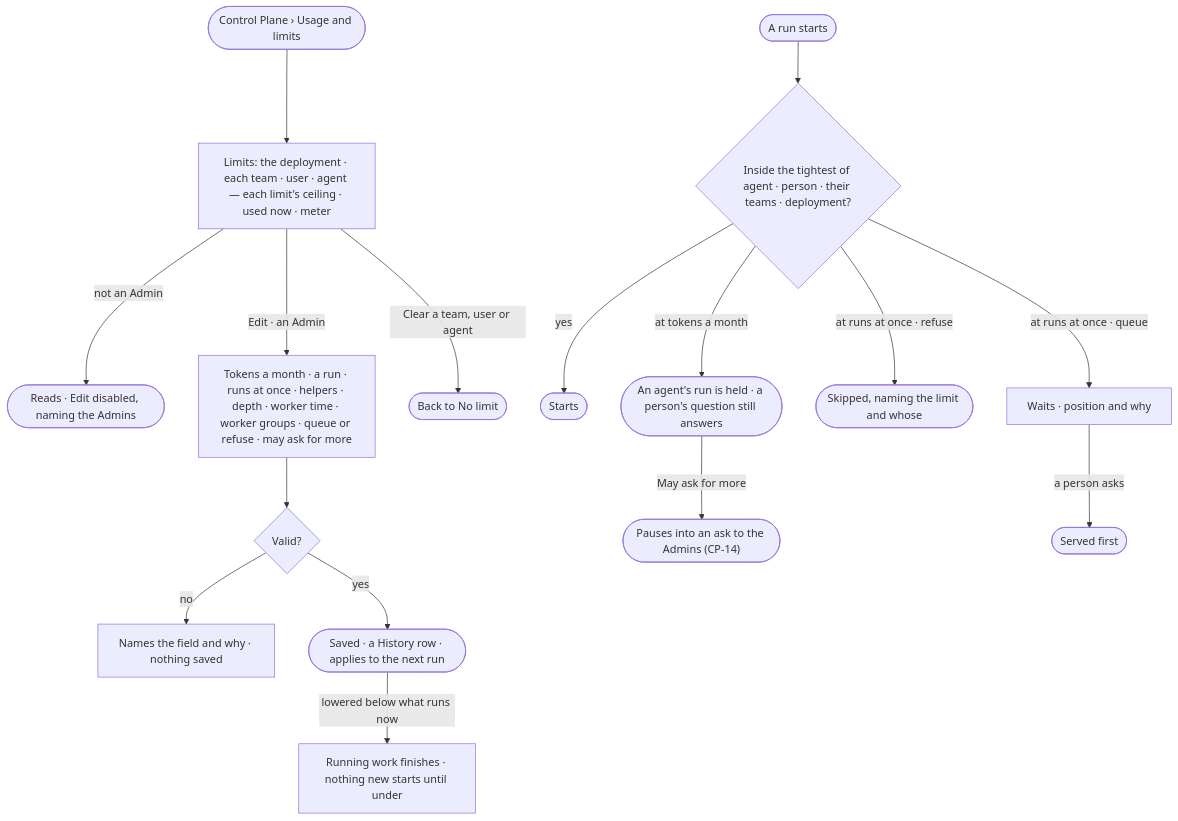
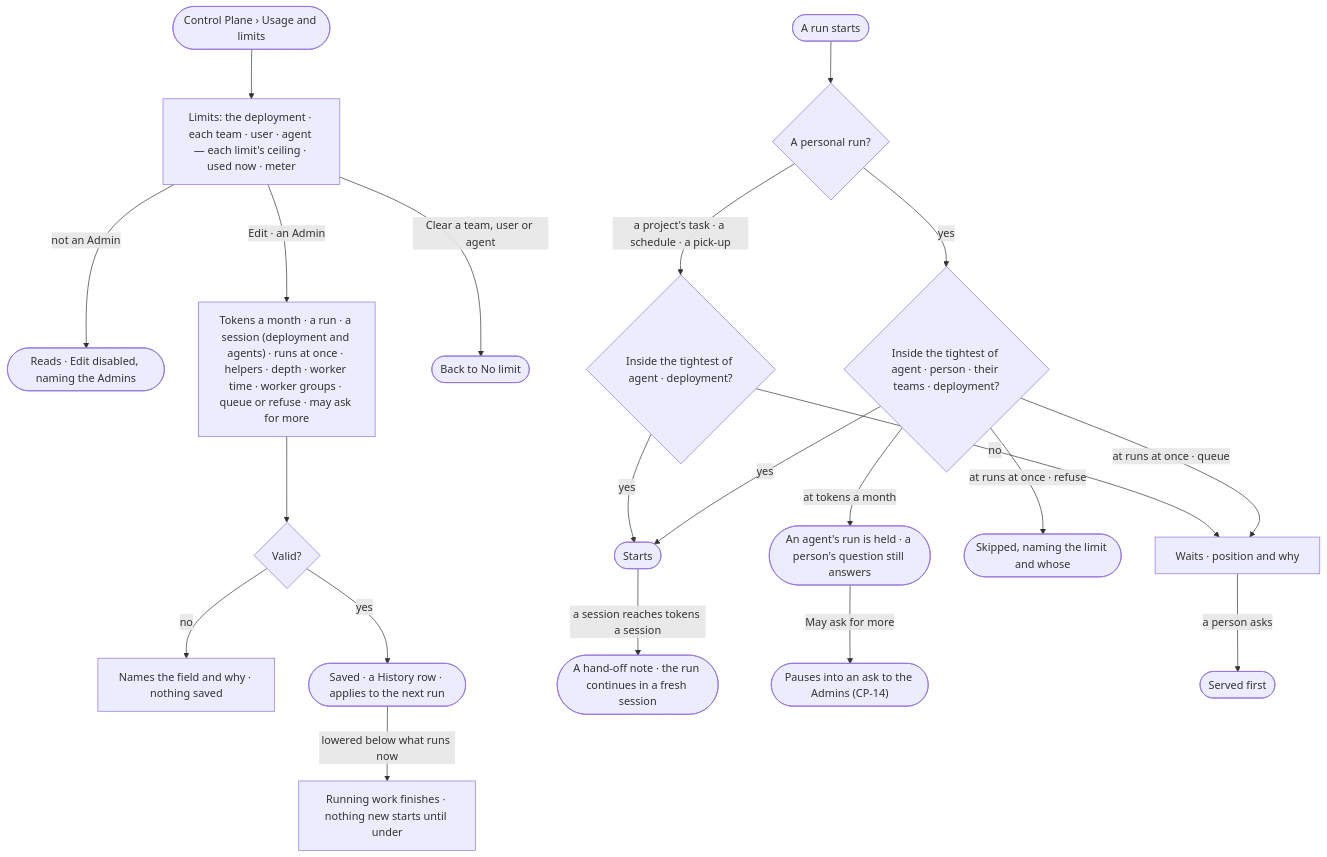
One commit to invana/invana changed the diagram in specs/os/control/features/CP-F04-limits/stories/CP-11-set-limits-for-the-deployment-a-team-a-user-or-an-agent/story.md. Above: the diagram before and after it, drawn with Mermaid. The commit also changed other lines of this file and 300 other files, not shown here.

````diff
--- a/specs/os/control/features/CP-F04-limits/stories/CP-11-set-limits-for-the-deployment-a-team-a-user-or-an-agent/story.md
+++ b/specs/os/control/features/CP-F04-limits/stories/CP-11-set-limits-for-the-deployment-a-team-a-user-or-an-agent/story.md
@@ -27,18 +27,23 @@
 ```mermaid
 flowchart TD
   s([Control Plane › Usage and limits]) --> t["Limits: the deployment · each team · user · agent — each limit's ceiling · used now · meter"]
   t -->|not an Admin| ro(["Reads · Edit disabled, naming the Admins"])
-  t -->|Edit · an Admin| e["Tokens a month · a run · runs at once · helpers · depth · worker time · worker groups · queue or refuse · may ask for more"]
+  t -->|Edit · an Admin| e["Tokens a month · a run · a session (deployment and agents) · runs at once · helpers · depth · worker time · worker groups · queue or refuse · may ask for more"]
   e --> v{"Valid?"}
   v -->|no| vf["Names the field and why · nothing saved"]
   v -->|yes| sv(["Saved · a History row · applies to the next run"])
   sv -->|lowered below what runs now| lo["Running work finishes · nothing new starts until under"]
   t -->|Clear a team, user or agent| cl(["Back to No limit"])
-  run([A run starts]) --> b{"Inside the tightest of agent · person · their teams · deployment?"}
+  run([A run starts]) --> pr{"A personal run?"}
+  pr -->|yes| b{"Inside the tightest of agent · person · their teams · deployment?"}
+  pr -->|a project's task · a schedule · a pick-up| b2{"Inside the tightest of agent · deployment?"}
+  b2 -->|yes| go
+  b2 -->|no| q
+  go -->|a session reaches tokens a session| ct(["A hand-off note · the run continues in a fresh session"])
   b -->|yes| go(["Starts"])
   b -->|at runs at once · queue| q["Waits · position and why"]
   b -->|at runs at once · refuse| r(["Skipped, naming the limit and whose"])
   b -->|at tokens a month| h(["An agent's run is held · a person's question still answers"])
   h -->|May ask for more| ask(["Pauses into an ask to the Admins (CP-14)"])
   q -->|a person asks| p(["Served first"])
 ```
````
